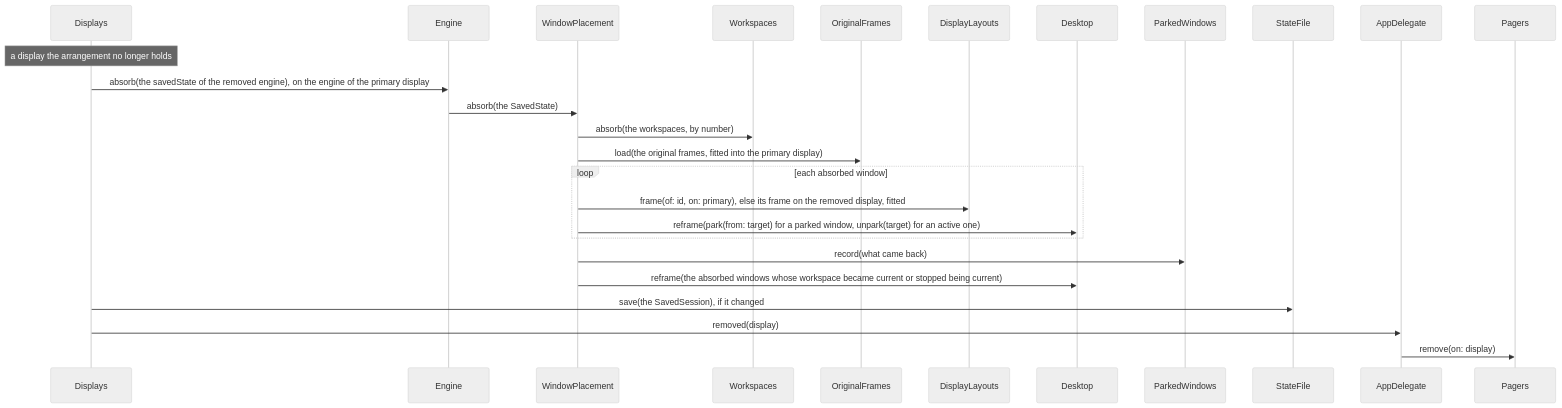
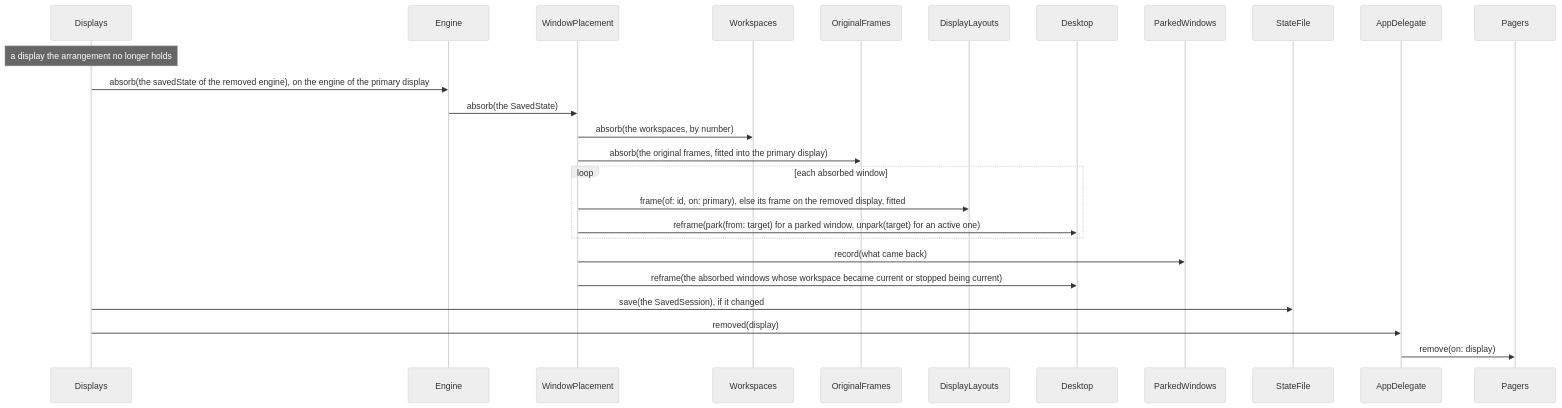
Diagram 18 of 26 in ARCHITECTURE.md (brennovich/ottowm), drawn with Mermaid (neutral theme) before and after one commit. The commit also changed 10 other files, not shown here.

````diff
--- a/ARCHITECTURE.md
+++ b/ARCHITECTURE.md
@@ -465,17 +465,17 @@
 ```mermaid
 sequenceDiagram
     Note over Displays: a display the arrangement no longer holds
     Displays->>Engine: absorb(the savedState of the removed engine), on the engine of the primary display
     Engine->>WindowPlacement: absorb(the SavedState)
     WindowPlacement->>Workspaces: absorb(the workspaces, by number)
-    WindowPlacement->>OriginalFrames: load(the original frames, fitted into the primary display)
+    WindowPlacement->>OriginalFrames: absorb(the original frames, fitted into the primary display)
     loop each absorbed window
         WindowPlacement->>DisplayLayouts: frame(of: id, on: primary), else its frame on the removed display, fitted
         WindowPlacement->>Desktop: reframe(park(from: target) for a parked window, unpark(target) for an active one)
     end
     WindowPlacement->>ParkedWindows: record(what came back)
     WindowPlacement->>Desktop: reframe(the absorbed windows whose workspace became current or stopped being current)
     Displays->>StateFile: save(the SavedSession), if it changed
     Displays->>AppDelegate: removed(display)
     AppDelegate->>Pagers: remove(on: display)
 ```
````
